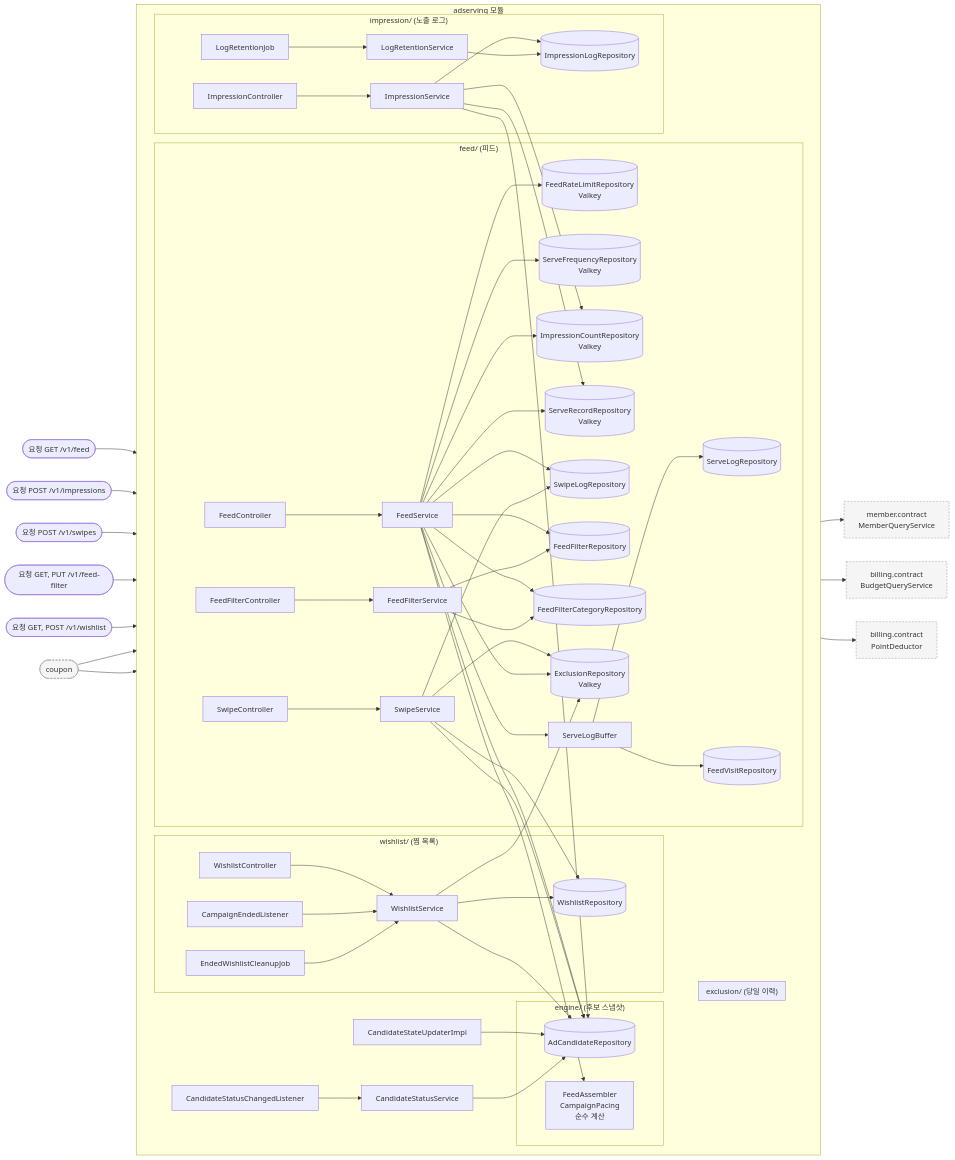
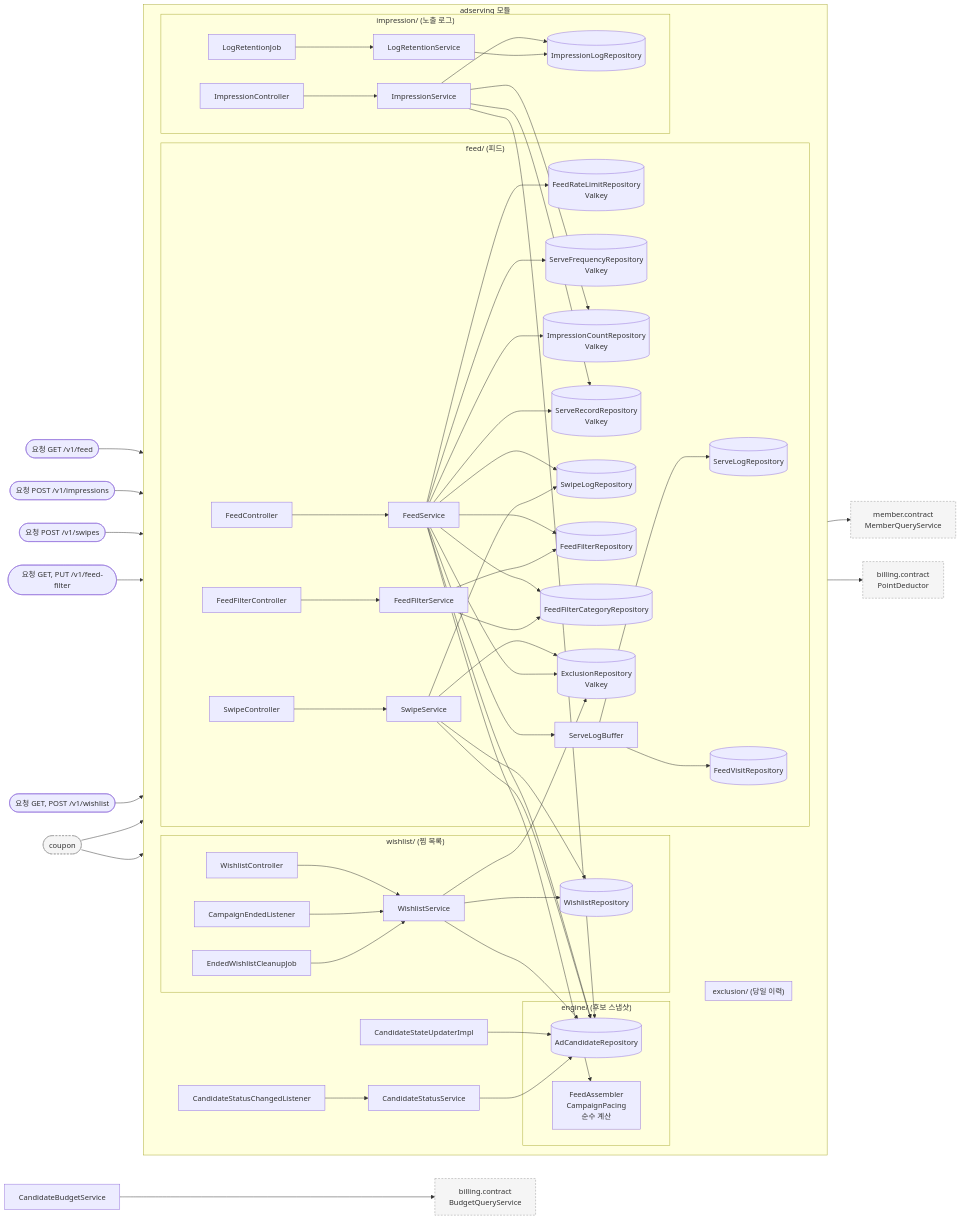
The first of 5 diagrams in docs/design/adserving/adserving_구조와_동작_설계.md (lunch-catch/lc-backend), drawn with Mermaid before and after one commit. The commit also changed other lines of this file and 21 other files, not shown here.

````diff
--- a/docs/design/adserving/adserving_구조와_동작_설계.md
+++ b/docs/design/adserving/adserving_구조와_동작_설계.md
@@ -317,77 +321,77 @@
 ```mermaid
 flowchart LR
     REQ([요청 GET /v1/feed]) --> FC
     REQ2([요청 POST /v1/impressions]) --> IMC
     REQ3([요청 POST /v1/swipes]) --> SWC
     REQ4([요청 GET, PUT /v1/feed-filter]) --> FFCT
     REQ5([요청 GET, POST /v1/wishlist]) --> WC
 
     subgraph adserving["adserving 모듈"]
         direction LR
 
         subgraph feed["feed/ (피드)"]
             FC[FeedController] --> FS[FeedService]
             FS --> RL[("FeedRateLimitRepository<br/>Valkey")]
             FS --> SF[("ServeFrequencyRepository<br/>Valkey")]
             FS --> IC[("ImpressionCountRepository<br/>Valkey")]
             FS --> SR[("ServeRecordRepository<br/>Valkey")]
             FS --> SW[(SwipeLogRepository)]
             FS --> FF[(FeedFilterRepository)]
             FS --> FFC[(FeedFilterCategoryRepository)]
             FFCT[FeedFilterController] --> FFS[FeedFilterService]
             FFS --> FF
             FFS --> FFC
             SWC[SwipeController] --> SWS[SwipeService]
             SWS --> SW
             SWS --> DE
             FS --> SB[ServeLogBuffer]
             SB --> SL[(ServeLogRepository)]
             SB --> FV[(FeedVisitRepository)]
         end
 
         subgraph exclusion["exclusion/ (당일 이력)"]
             DE[("ExclusionRepository<br/>Valkey")]
         end
 
         subgraph engine["engine/ (후보 스냅샷)"]
             AR[(AdCandidateRepository)]
             FA["FeedAssembler<br/>CampaignPacing<br/>순수 계산"]
         end
 
         subgraph wishlist["wishlist/ (찜 목록)"]
             WC[WishlistController] --> WS[WishlistService]
             WL[CampaignEndedListener] --> WS
             WJ[EndedWishlistCleanupJob] --> WS
             WS --> WR[(WishlistRepository)]
         end
 
         CSU[CandidateStateUpdaterImpl] --> AR
         CSL[CandidateStatusChangedListener] --> CSS[CandidateStatusService] --> AR
 
         subgraph impression["impression/ (노출 로그)"]
             IMC[ImpressionController] --> IMS[ImpressionService]
             IMS --> IML[(ImpressionLogRepository)]
             LRJ[LogRetentionJob] --> LRS[LogRetentionService] --> IML
         end
 
         FS --> AR
         FS --> DE
         FS --> FA
         IMS --> SR
         IMS --> IC
         IMS --> AR
         SWS --> WR
         SWS --> AR
         WS --> AR
         WS --> DE
     end
 
     CP([coupon]) --> WS
     CP --> CSU
     FS --> MQ["member.contract<br/>MemberQueryService"]
-    FS --> BQ["billing.contract<br/>BudgetQueryService"]
+    CBS[CandidateBudgetService] --> BQ["billing.contract<br/>BudgetQueryService"]
     IMS --> PD["billing.contract<br/>PointDeductor"]
 
     classDef out fill:#f5f5f5,stroke:#999,stroke-dasharray:4 3
     class MQ,BQ,PD,CP out
 ```
````
